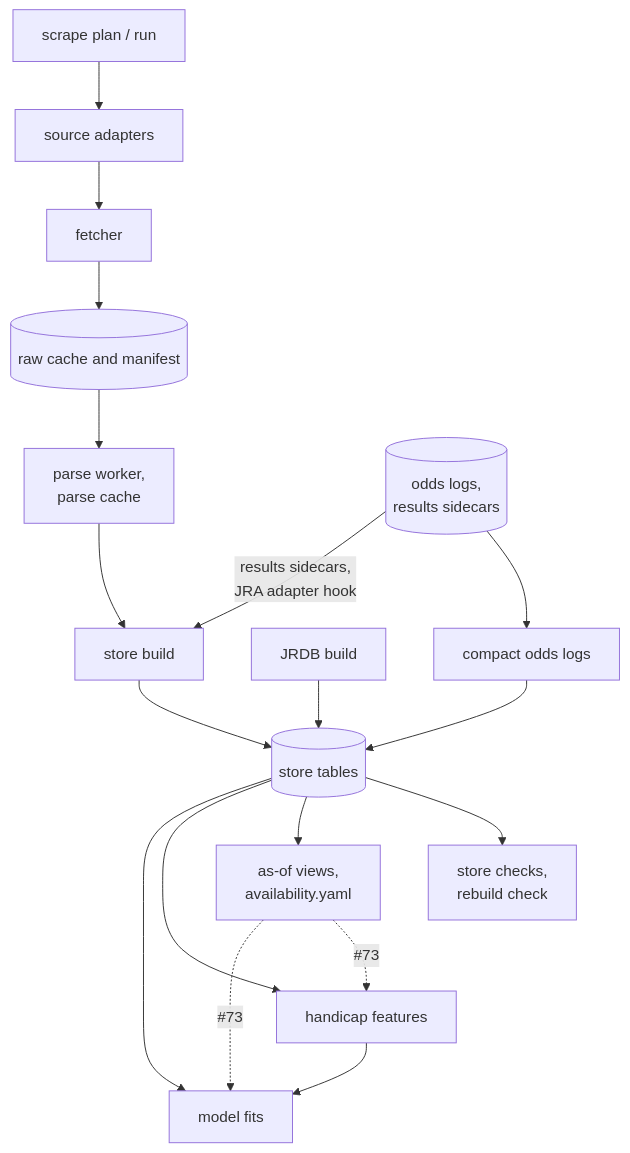
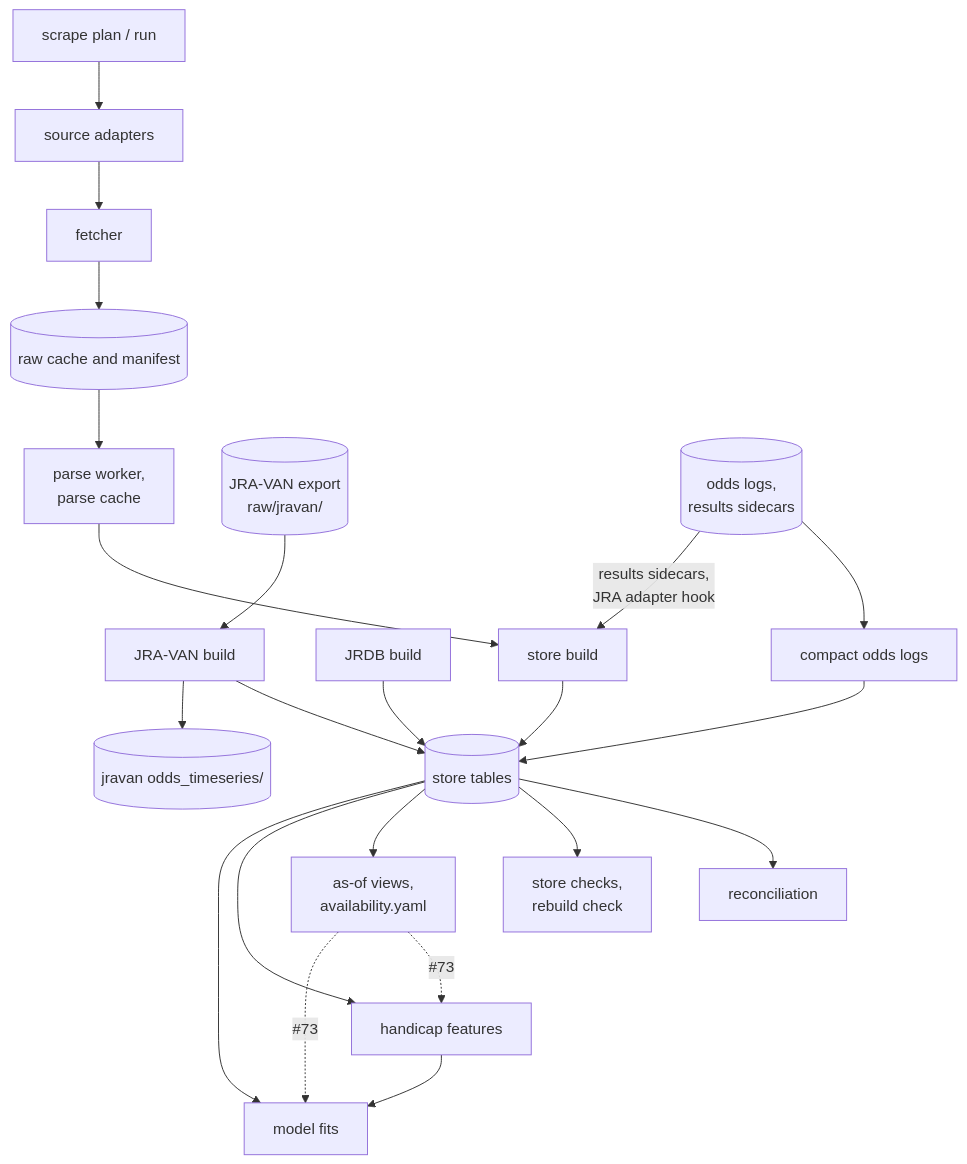
The fifth of 7 diagrams in docs/architecture.md (rjeskuri/HorseTrackBetting), drawn with Mermaid before and after one commit. The commit also changed other lines of this file and 2 other files, not shown here.

First line of the commit message:
Document the JRA-VAN flow in the architecture and store specs (#375)

````diff
--- a/docs/architecture.md
+++ b/docs/architecture.md
@@ -225,29 +228,36 @@
 ```mermaid
 flowchart TD
   scrape["scrape plan / run"]
   adap["source adapters"]
   fet["fetcher"]
   raw[("raw cache and manifest")]
   pw["parse worker,<br>parse cache"]
   build["store build"]
   jrdbb["JRDB build"]
+  jvx[("JRA-VAN export<br>raw/jravan/")]
+  jvb["JRA-VAN build"]
+  jvt[("jravan odds_timeseries/")]
+  recon["reconciliation"]
   comp["compact odds logs"]
   tables[("store tables")]
   checks["store checks,<br>rebuild check"]
   asof["as-of views,<br>availability.yaml"]
   feat["handicap features"]
   fits["model fits"]
   olog[("odds logs,<br>results sidecars")]
   scrape --> adap --> fet --> raw
   olog --> comp
   olog -->|"results sidecars,<br>JRA adapter hook"| build
   raw --> pw --> build --> tables
   jrdbb --> tables
+  jvx --> jvb --> tables
+  jvb --> jvt
+  tables --> recon
   comp --> tables
   tables --> checks
   tables --> asof
   tables --> feat --> fits
   tables --> fits
   asof -.->|"#73"| feat
   asof -.->|"#73"| fits
 ```
````
